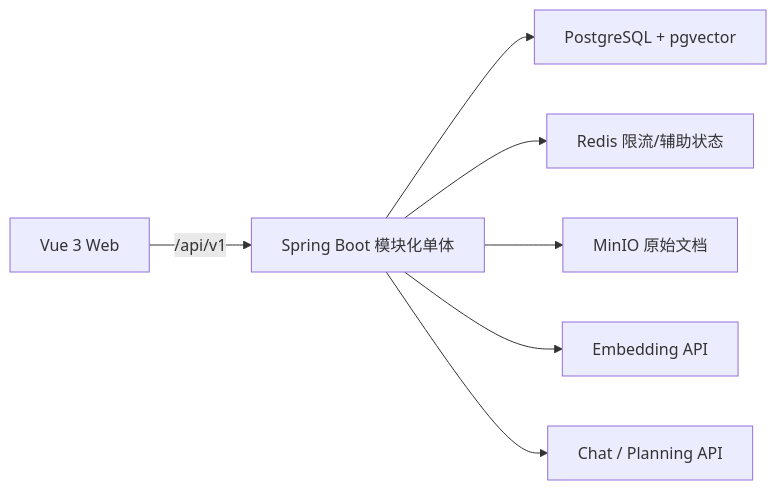
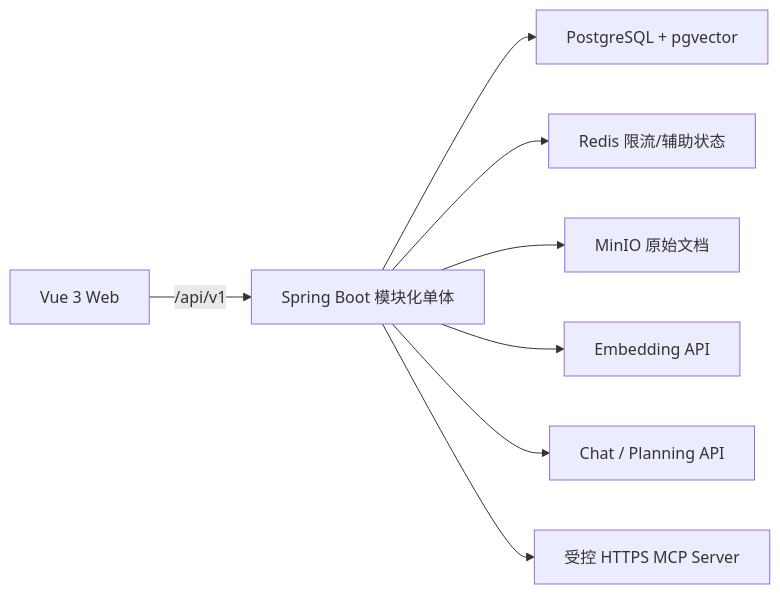
The first of 4 diagrams in docs/architecture.md (BangShou1st/ai-collab), drawn with Mermaid before and after one commit. The commit also changed other lines of this file and 226 other files, not shown here.

````diff
--- a/docs/architecture.md
+++ b/docs/architecture.md
@@ -16,9 +16,10 @@
 ```mermaid
 flowchart LR
     Browser["Vue 3 Web"] -->|"/api/v1"| Backend["Spring Boot 模块化单体"]
     Backend --> PG["PostgreSQL + pgvector"]
     Backend --> Redis["Redis 限流/辅助状态"]
     Backend --> MinIO["MinIO 原始文档"]
     Backend --> Embed["Embedding API"]
     Backend --> Chat["Chat / Planning API"]
+    Backend --> MCP["受控 HTTPS MCP Server"]
 ```
````
